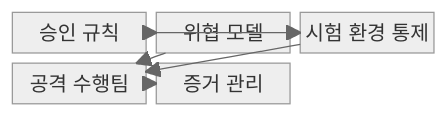
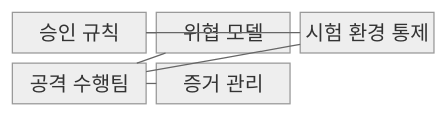
One commit to agnusdei1207/knowledge-base changed the first of 2 diagrams in src/content/docs/notes/05-security/041_penetration_testing_methodology.md. Above: the diagram before and after it, drawn with Mermaid (neutral theme). The commit also changed other lines of this file and 493 other files, not shown here.

````diff
--- a/src/content/docs/notes/05-security/041_penetration_testing_methodology.md
+++ b/src/content/docs/notes/05-security/041_penetration_testing_methodology.md
@@ -65,14 +65,14 @@
 ```mermaid
 block-beta
   columns 3
   A["승인 규칙"]
   B["위협 모델"]
   C["시험 환경 통제"]
   D["공격 수행팀"]
   E["증거 관리"]
-  A --> B
-  A --> C
-  B --> D
-  C --> D
-  D --> E
+  A --- B
+  A --- C
+  B --- D
+  C --- D
+  D --- E
 ```
````
